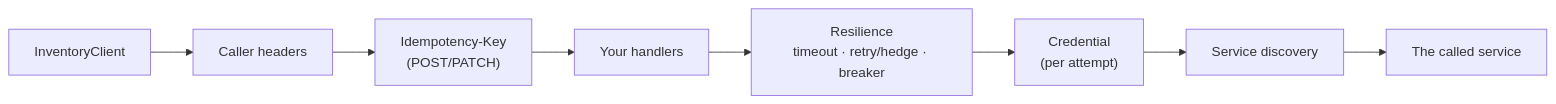
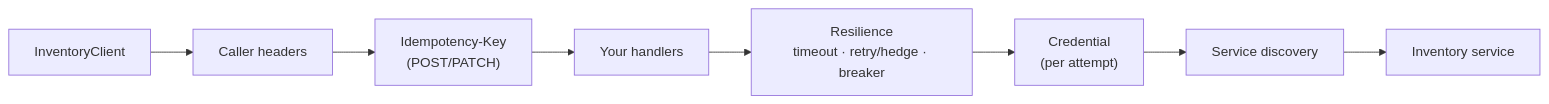
One commit to Gresta-Vertex-Labs/platform-shared-kernel changed the diagram in src/Infrastructure/Communication/SharedKernel.Communication.Rest/README.md. Above: the diagram before and after it, drawn with Mermaid. The commit also changed other lines of this file and 228 other files, not shown here.

````diff
--- a/src/Infrastructure/Communication/SharedKernel.Communication.Rest/README.md
+++ b/src/Infrastructure/Communication/SharedKernel.Communication.Rest/README.md
@@ -95,10 +99,10 @@
 ```mermaid
 flowchart LR
     C["InventoryClient"] --> H["Caller headers"]
     H --> I["Idempotency-Key<br/>(POST/PATCH)"]
     I --> Y["Your handlers"]
     Y --> R["Resilience<br/>timeout · retry/hedge · breaker"]
     R --> A["Credential<br/>(per attempt)"]
     A --> D["Service discovery"]
-    D --> S["The called service"]
+    D --> S["Inventory service"]
 ```
````
